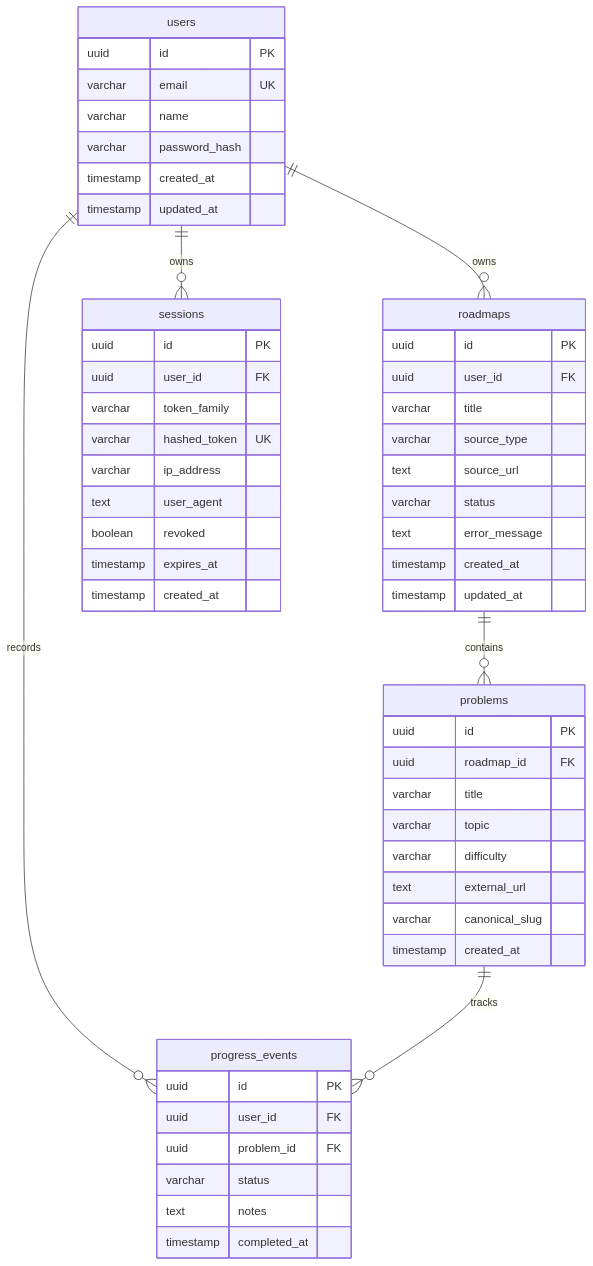
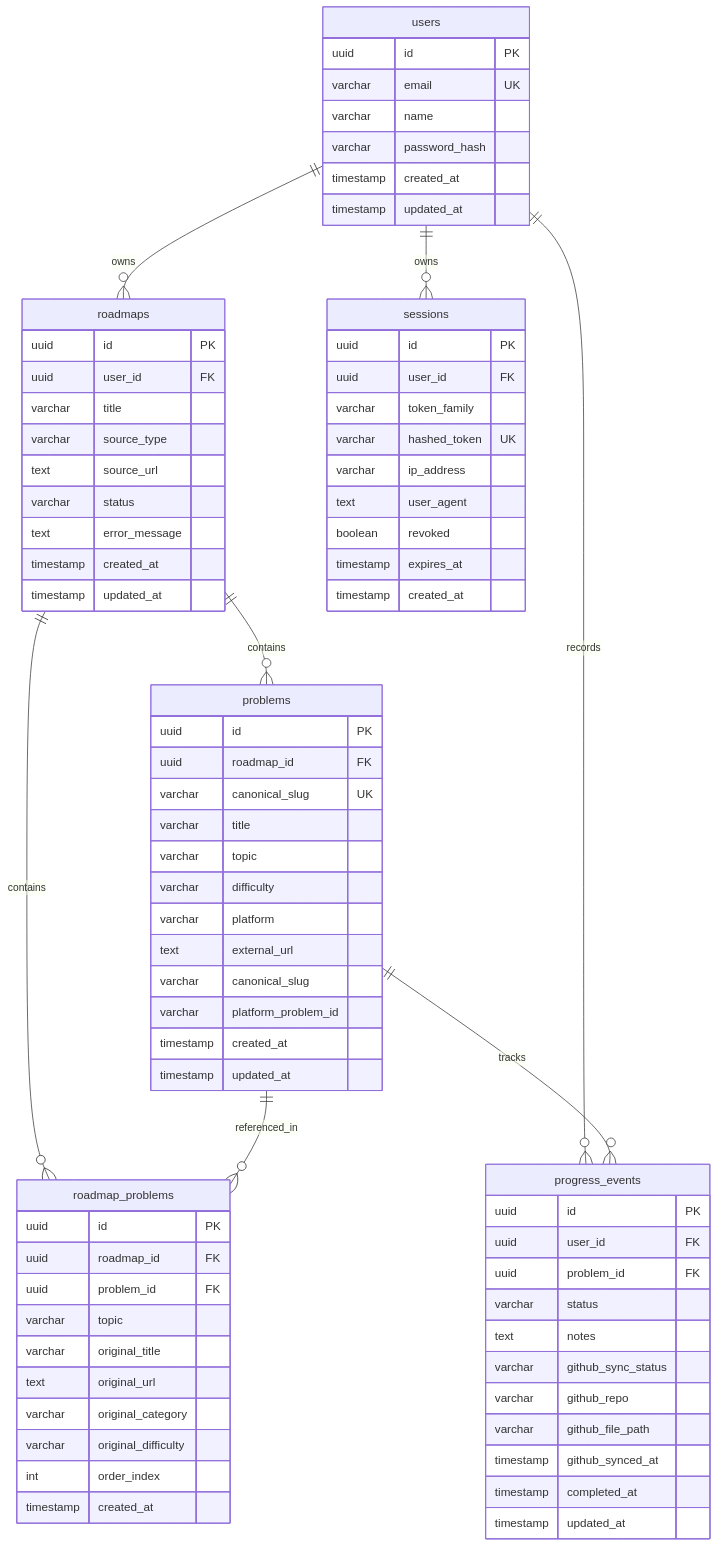
Before and after one commit to imshubhamgiri/Career-Map: the diagram in docs/architecture/database.md, drawn with Mermaid. The commit also changed other lines of this file and 3 other files, not shown here.

Commit message:
docs(architecture): document canonical problem bank, identity resolution, and github sync

````diff
--- a/docs/architecture/database.md
+++ b/docs/architecture/database.md
@@ -17,6 +17,8 @@
     users ||--o{ progress_events : records
     users ||--o{ sessions : owns
     roadmaps ||--o{ problems : contains
+    roadmaps ||--o{ roadmap_problems : contains
+    problems ||--o{ roadmap_problems : referenced_in
     problems ||--o{ progress_events : tracks
 
     users {
@@ -55,11 +57,28 @@
     problems {
         uuid id PK
         uuid roadmap_id FK
+        varchar canonical_slug UK
         varchar title
         varchar topic
         varchar difficulty
+        varchar platform
         text external_url
         varchar canonical_slug
+        varchar platform_problem_id
+        timestamp created_at
+        timestamp updated_at
+    }
+
+    roadmap_problems {
+        uuid id PK
+        uuid roadmap_id FK
+        uuid problem_id FK
+        varchar topic
+        varchar original_title
+        text original_url
+        varchar original_category
+        varchar original_difficulty
+        int order_index
         timestamp created_at
     }
 
@@ -69,6 +88,11 @@
         uuid problem_id FK
         varchar status
         text notes
+        varchar github_sync_status
+        varchar github_repo
+        varchar github_file_path
+        timestamp github_synced_at
         timestamp completed_at
+        timestamp updated_at
     }
 ```
````
